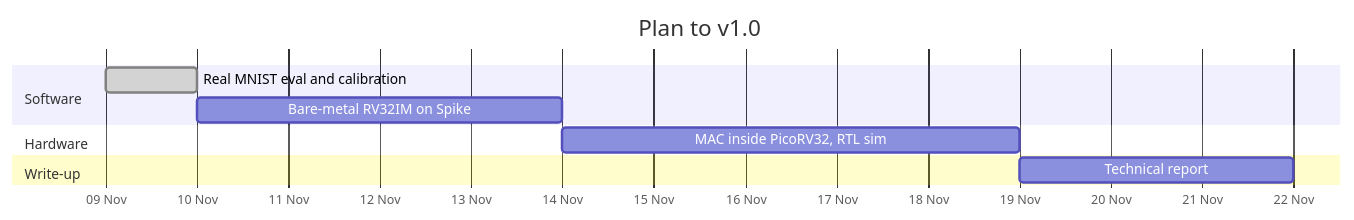
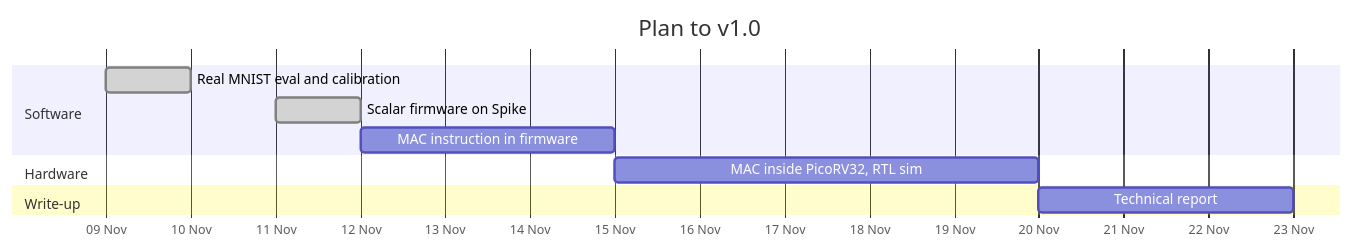
One commit to sajedulislam5840/riscv-edge-ai changed the fifth of 5 diagrams in README.md. Above: the diagram before and after it, drawn with Mermaid. The commit also changed other lines of this file and 14 other files, not shown here.

Commit message:
CI, Fmax, and bare-metal firmware on Spike

````diff
--- a/README.md
+++ b/README.md
@@ -233,13 +271,14 @@
 ```mermaid
 gantt
     title Plan to v1.0
     dateFormat YYYY-MM-DD
     axisFormat %d %b
     section Software
     Real MNIST eval and calibration :done, a1, 2026-11-09, 1d
-    Bare-metal RV32IM on Spike      :a2, after a1, 4d
+    Scalar firmware on Spike        :done, a2, 2026-11-11, 1d
+    MAC instruction in firmware     :a2b, after a2, 3d
     section Hardware
-    MAC inside PicoRV32, RTL sim    :a3, after a2, 5d
+    MAC inside PicoRV32, RTL sim    :a3, after a2b, 5d
     section Write-up
     Technical report                :a4, after a3, 3d
 ```
````
